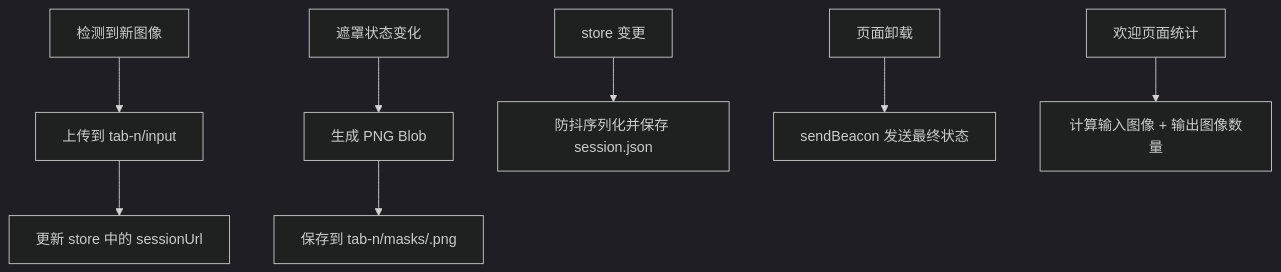
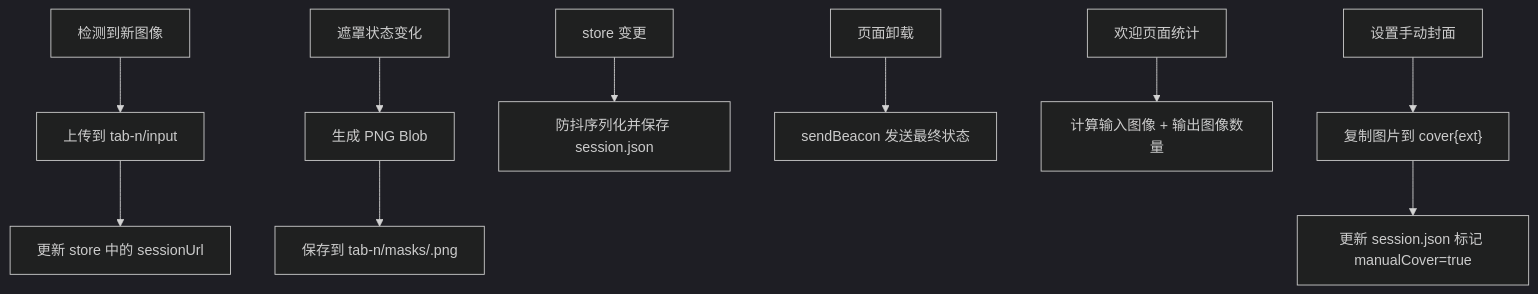
The sixth of 10 diagrams in .qoder/repowiki/zh/content/会话管理/会话管理.md (billye220670/CorineKit_Pix2Real), drawn with Mermaid (dark theme) before and after one commit. The commit also changed other lines of this file and 14 other files, not shown here.

````diff
--- a/.qoder/repowiki/zh/content/会话管理/会话管理.md
+++ b/.qoder/repowiki/zh/content/会话管理/会话管理.md
@@ -252,10 +323,12 @@
 ```mermaid
 flowchart TD
 A["检测到新图像"] --> B["上传到 tab-n/input"]
 B --> C["更新 store 中的 sessionUrl"]
 D["遮罩状态变化"] --> E["生成 PNG Blob"]
 E --> F["保存到 tab-n/masks/<safeName>.png"]
 G["store 变更"] --> H["防抖序列化并保存 session.json"]
 I["页面卸载"] --> J["sendBeacon 发送最终状态"]
 K["欢迎页面统计"] --> L["计算输入图像 + 输出图像数量"]
+M["设置手动封面"] --> N["复制图片到 cover{ext}"]
+N --> O["更新 session.json 标记 manualCover=true"]
 ```
````
